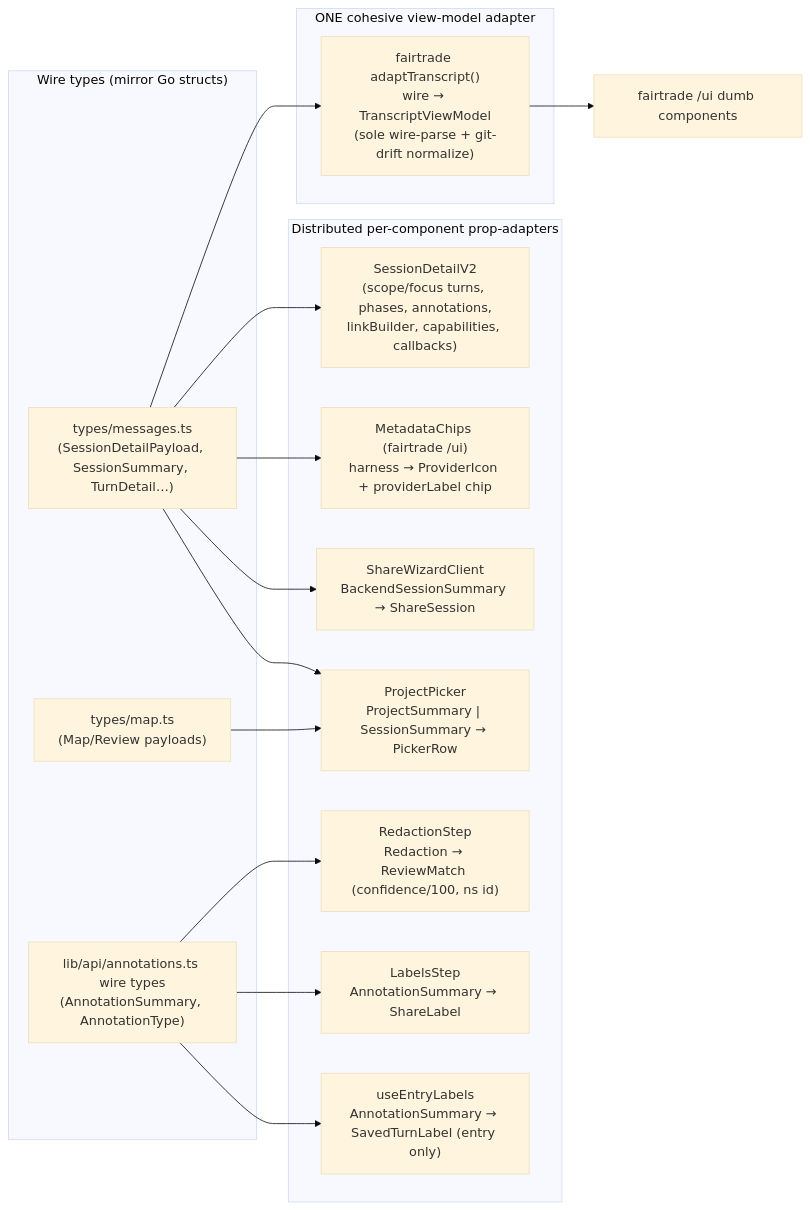
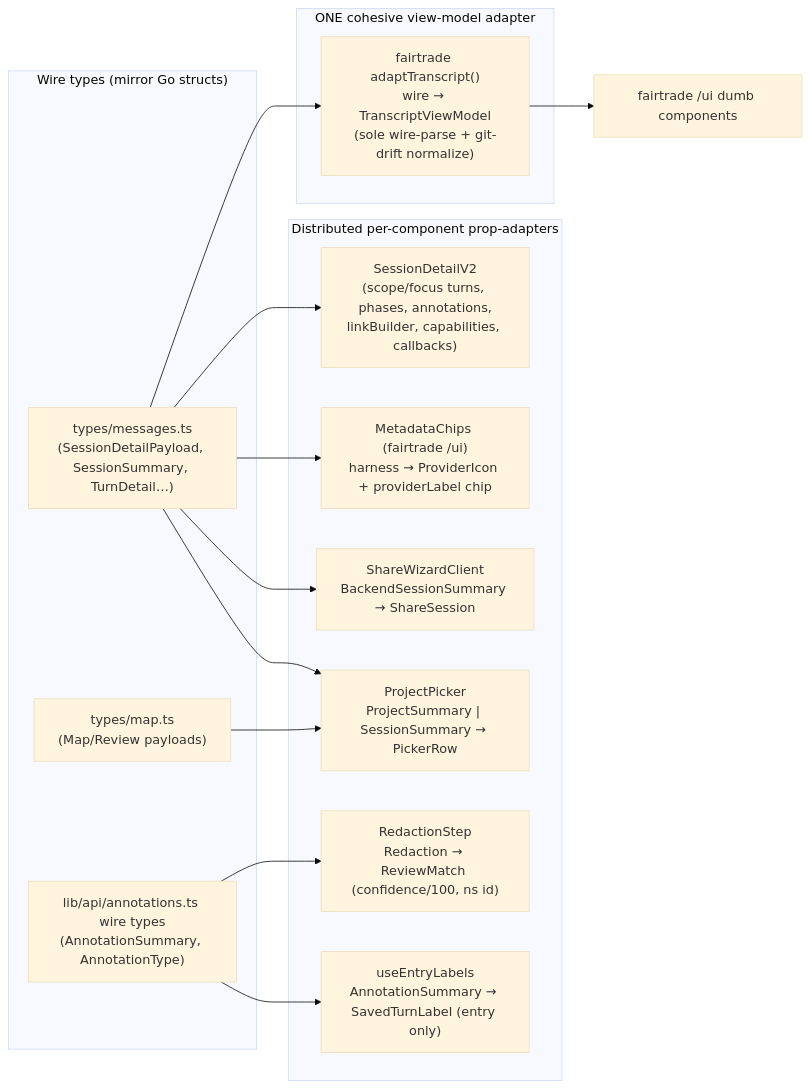
Before and after one commit to peasant-labs/peasant: the third of 3 diagrams in web/docs/data-binding.md, drawn with Mermaid (base theme). The commit also changed other lines of this file and 60 other files, not shown here.

````diff
--- a/web/docs/data-binding.md
+++ b/web/docs/data-binding.md
@@ -198,33 +196,31 @@
 ```mermaid
 flowchart LR
   subgraph WIRE["Wire types (mirror Go structs)"]
     M["types/messages.ts\n(SessionDetailPayload, SessionSummary, TurnDetail…)"]
     MAPT["types/map.ts\n(Map/Review payloads)"]
     ANT["lib/api/annotations.ts wire types\n(AnnotationSummary, AnnotationType)"]
   end
 
   subgraph COHESIVE["ONE cohesive view-model adapter"]
     AT["fairtrade adaptTranscript()\nwire → TranscriptViewModel\n(sole wire-parse + git-drift normalize)"]
   end
 
   subgraph DIST["Distributed per-component prop-adapters"]
     SV["SessionDetailV2\n(scope/focus turns, phases, annotations,\nlinkBuilder, capabilities, callbacks)"]
     PI["MetadataChips (fairtrade /ui)\nharness → ProviderIcon + providerLabel chip"]
     RS["RedactionStep\nRedaction → ReviewMatch (confidence/100, ns id)"]
-    LS["LabelsStep\nAnnotationSummary → ShareLabel"]
     UEL["useEntryLabels\nAnnotationSummary → SavedTurnLabel (entry only)"]
     SW["ShareWizardClient\nBackendSessionSummary → ShareSession"]
     PP["ProjectPicker\nProjectSummary | SessionSummary → PickerRow"]
   end
 
   M --> AT
   M --> SV
   M --> PI
   M --> SW
   M --> PP
   MAPT --> PP
   ANT --> RS
-  ANT --> LS
   ANT --> UEL
   AT --> TBV["fairtrade /ui dumb components"]
 ```
````
